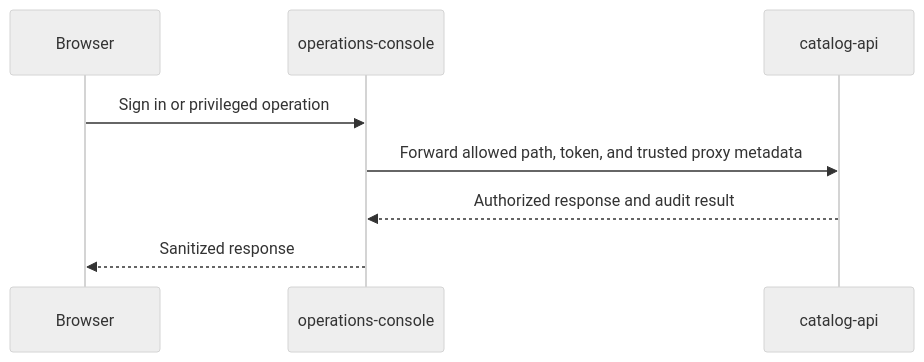
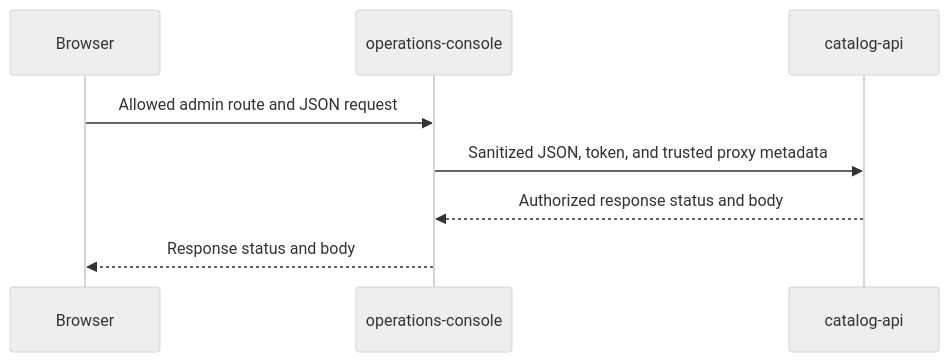
One commit to groovemap-music/operations-console changed the second of 2 diagrams in docs/architecture.md. Above: the diagram before and after it, drawn with Mermaid (neutral theme). The commit also changed other lines of this file and 8 other files, not shown here.

````diff
--- a/docs/architecture.md
+++ b/docs/architecture.md
@@ -26,10 +51,10 @@
 ```mermaid
 sequenceDiagram
     participant Browser
     participant Console as operations-console
     participant API as catalog-api
-    Browser->>Console: Sign in or privileged operation
-    Console->>API: Forward allowed path, token, and trusted proxy metadata
-    API-->>Console: Authorized response and audit result
-    Console-->>Browser: Sanitized response
+    Browser->>Console: Allowed admin route and JSON request
+    Console->>API: Sanitized JSON, token, and trusted proxy metadata
+    API-->>Console: Authorized response status and body
+    Console-->>Browser: Response status and body
 ```
````
